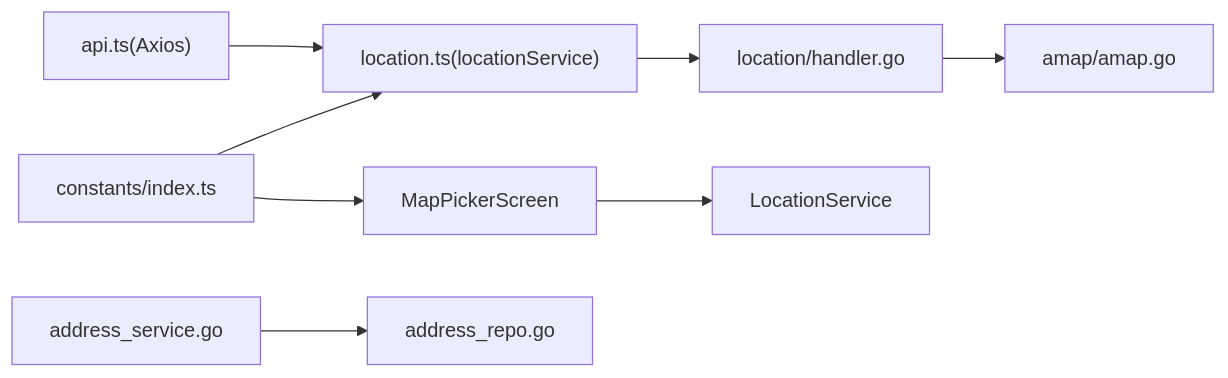
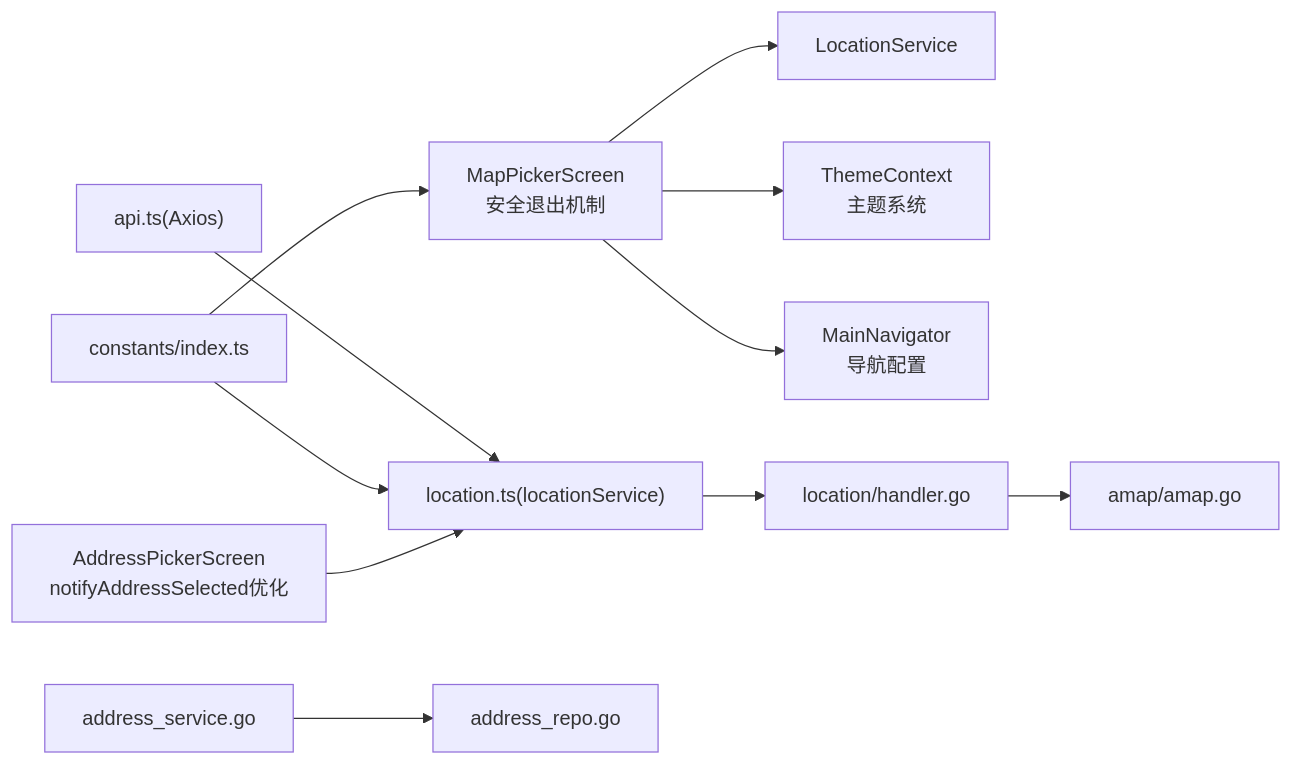
The tenth of 10 diagrams in .qoder/repowiki/zh/content/移动端应用/位置服务模块.md (yinsw-c2e/drone_Rental_platform_v1), drawn with Mermaid before and after one commit. The commit also changed other lines of this file and 7 other files, not shown here.

First line of the commit message:
feat(location): 新增地图选点安全退出机制与导航优化

````diff
--- a/.qoder/repowiki/zh/content/移动端应用/位置服务模块.md
+++ b/.qoder/repowiki/zh/content/移动端应用/位置服务模块.md
@@ -422,10 +540,13 @@
 ```mermaid
 graph LR
 API["api.ts(Axios)"] --> SVC["location.ts(locationService)"]
 CONST["constants/index.ts"] --> SVC
-CONST --> MAP["MapPickerScreen"]
+CONST --> MAP["MapPickerScreen<br/>安全退出机制"]
 MAP --> LOC["LocationService"]
+MAP --> THEME["ThemeContext<br/>主题系统"]
+MAP --> NAV["MainNavigator<br/>导航配置"]
 SVC --> HANDLER["location/handler.go"]
 HANDLER --> AMAP["amap/amap.go"]
 ADDR_SVC["address_service.go"] --> ADDR_REPO["address_repo.go"]
+ADDR_PICKER["AddressPickerScreen<br/>notifyAddressSelected优化"] --> SVC
 ```
````
